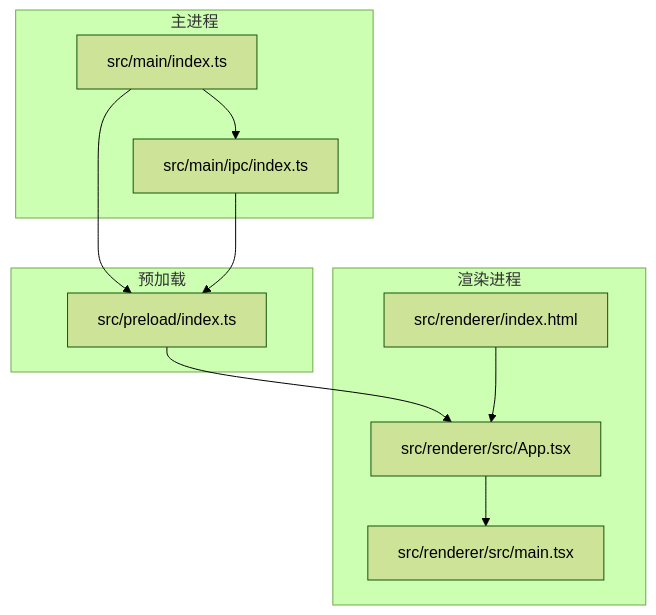
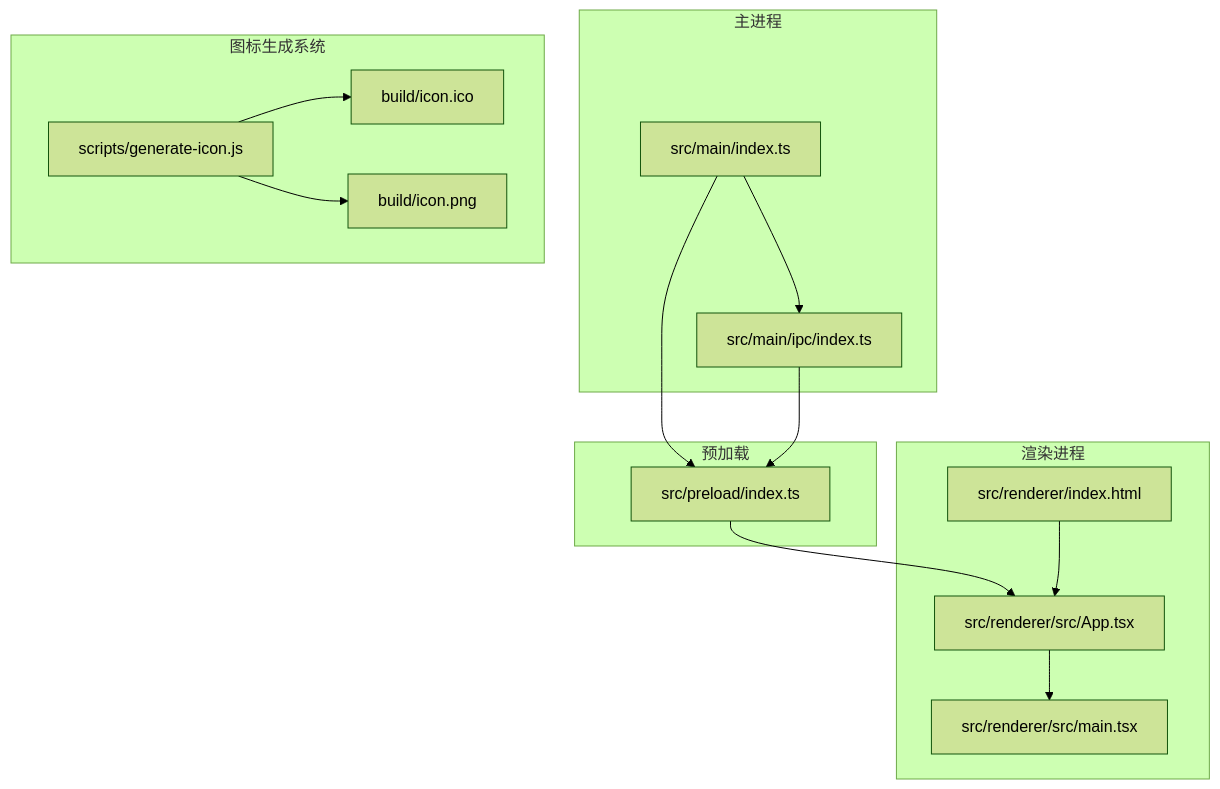
The first of 3 diagrams in .qoder/repowiki/zh/content/配置与部署/配置与部署.md (remgasuki/ReDoPhoto), drawn with Mermaid (forest theme) before and after one commit. The commit also changed other lines of this file and 23 other files, not shown here.

````diff
--- a/.qoder/repowiki/zh/content/配置与部署/配置与部署.md
+++ b/.qoder/repowiki/zh/content/配置与部署/配置与部署.md
@@ -48,21 +61,28 @@
 ```mermaid
 graph TB
 subgraph "主进程"
 MIDX["src/main/index.ts"]
 MIPC["src/main/ipc/index.ts"]
 end
 subgraph "预加载"
 PIDX["src/preload/index.ts"]
 end
 subgraph "渲染进程"
 RHTML["src/renderer/index.html"]
 RAPP["src/renderer/src/App.tsx"]
 RMAIN["src/renderer/src/main.tsx"]
 end
+subgraph "图标生成系统"
+GICON["scripts/generate-icon.js"]
+ICONS["build/icon.ico"]
+PNG512["build/icon.png"]
+end
 MIDX --> MIPC
 MIDX --> PIDX
 MIPC --> PIDX
 PIDX --> RAPP
 RHTML --> RAPP
 RAPP --> RMAIN
+GICON --> ICONS
+GICON --> PNG512
 ```
````
